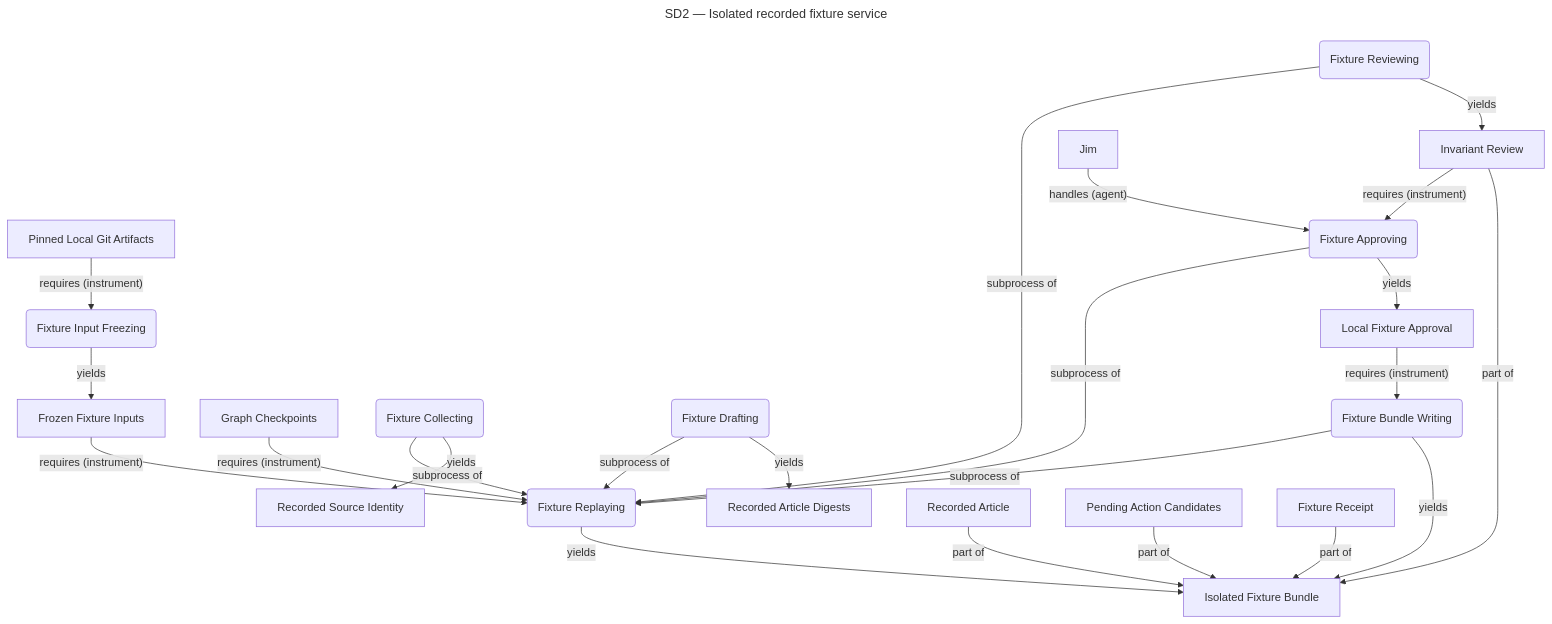
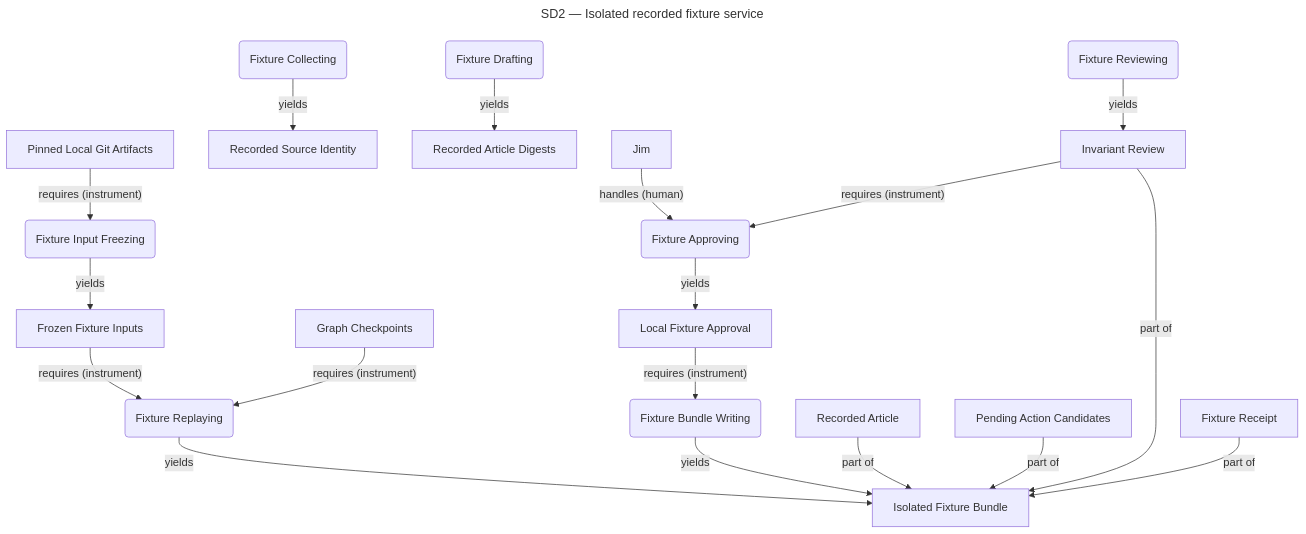
The eighth of 11 diagrams in opm/system.md (ojfbot/daily-logger), drawn with Mermaid before and after one commit. The commit also changed other lines of this file and 21 other files, not shown here.

````diff
--- a/opm/system.md
+++ b/opm/system.md
@@ -1274,49 +1274,44 @@
 ```mermaid
 ---
 title: "SD2 — Isolated recorded fixture service"
 ---
 flowchart TD
   accTitle: SD2 — Isolated recorded fixture service
   accDescr: Lossy system model projection. Complete source facts follow this diagram.
-  n234["Pinned Local Git Artifacts"]
-  n235("Fixture Input Freezing")
-  n236["Frozen Fixture Inputs"]
-  n237("Fixture Replaying")
-  n238["Graph Checkpoints"]
-  n239["Isolated Fixture Bundle"]
-  n240("Fixture Collecting")
-  n241("Fixture Drafting")
-  n242("Fixture Reviewing")
-  n243("Fixture Approving")
-  n244("Fixture Bundle Writing")
-  n245["Recorded Source Identity"]
-  n246["Recorded Article Digests"]
-  n247["Invariant Review"]
+  n216["Pinned Local Git Artifacts"]
+  n217("Fixture Input Freezing")
+  n218["Frozen Fixture Inputs"]
+  n219("Fixture Replaying")
+  n220["Graph Checkpoints"]
+  n221["Isolated Fixture Bundle"]
+  n222("Fixture Collecting")
+  n223("Fixture Drafting")
+  n224("Fixture Reviewing")
+  n225("Fixture Approving")
+  n226("Fixture Bundle Writing")
+  n227["Recorded Source Identity"]
+  n228["Recorded Article Digests"]
+  n229["Invariant Review"]
   n19["Jim"]
-  n248["Local Fixture Approval"]
-  n249["Recorded Article"]
-  n250["Pending Action Candidates"]
-  n251["Fixture Receipt"]
-  n234 -->|"requires (instrument)"| n235
-  n235 -->|"yields"| n236
-  n236 -->|"requires (instrument)"| n237
-  n238 -->|"requires (instrument)"| n237
-  n237 -->|"yields"| n239
-  n240 -->|"subprocess of"| n237
-  n241 -->|"subprocess of"| n237
-  n242 -->|"subprocess of"| n237
-  n243 -->|"subprocess of"| n237
-  n244 -->|"subprocess of"| n237
-  n240 -->|"yields"| n245
-  n241 -->|"yields"| n246
-  n242 -->|"yields"| n247
-  n19 -->|"handles (agent)"| n243
-  n247 -->|"requires (instrument)"| n243
-  n243 -->|"yields"| n248
-  n248 -->|"requires (instrument)"| n244
-  n244 -->|"yields"| n239
-  n249 -->|"part of"| n239
-  n250 -->|"part of"| n239
-  n247 -->|"part of"| n239
-  n251 -->|"part of"| n239
+  n230["Local Fixture Approval"]
+  n289["Recorded Article"]
+  n290["Pending Action Candidates"]
+  n291["Fixture Receipt"]
+  n216 -->|"requires (instrument)"| n217
+  n217 -->|"yields"| n218
+  n218 -->|"requires (instrument)"| n219
+  n220 -->|"requires (instrument)"| n219
+  n219 -->|"yields"| n221
+  n222 -->|"yields"| n227
+  n223 -->|"yields"| n228
+  n224 -->|"yields"| n229
+  n19 -->|"handles (human)"| n225
+  n229 -->|"requires (instrument)"| n225
+  n225 -->|"yields"| n230
+  n230 -->|"requires (instrument)"| n226
+  n226 -->|"yields"| n221
+  n289 -->|"part of"| n221
+  n290 -->|"part of"| n221
+  n229 -->|"part of"| n221
+  n291 -->|"part of"| n221
 ```
````
